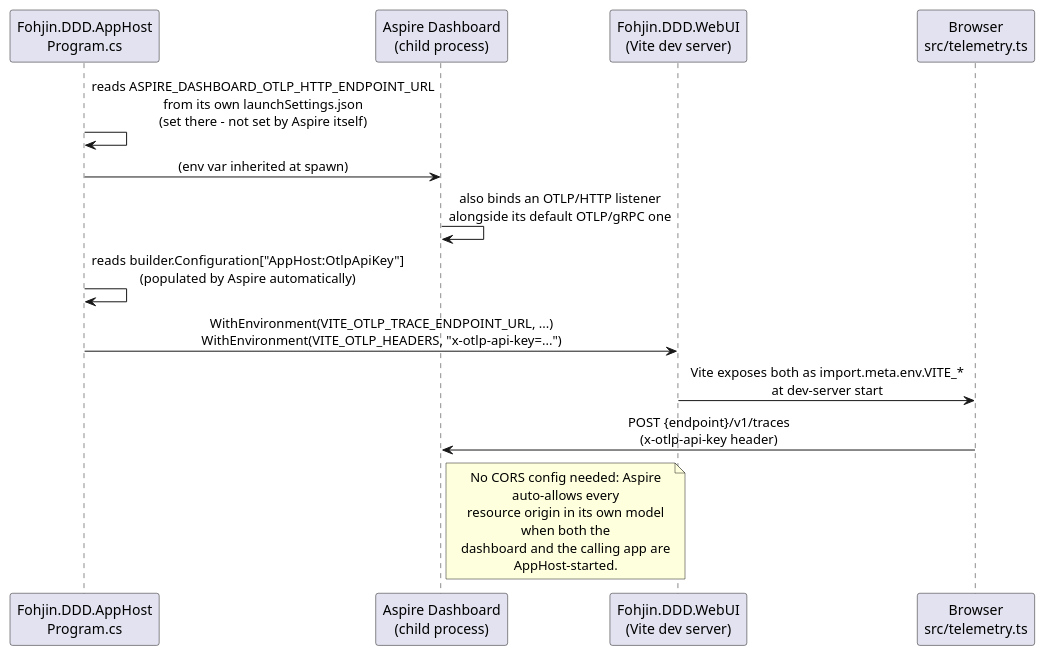
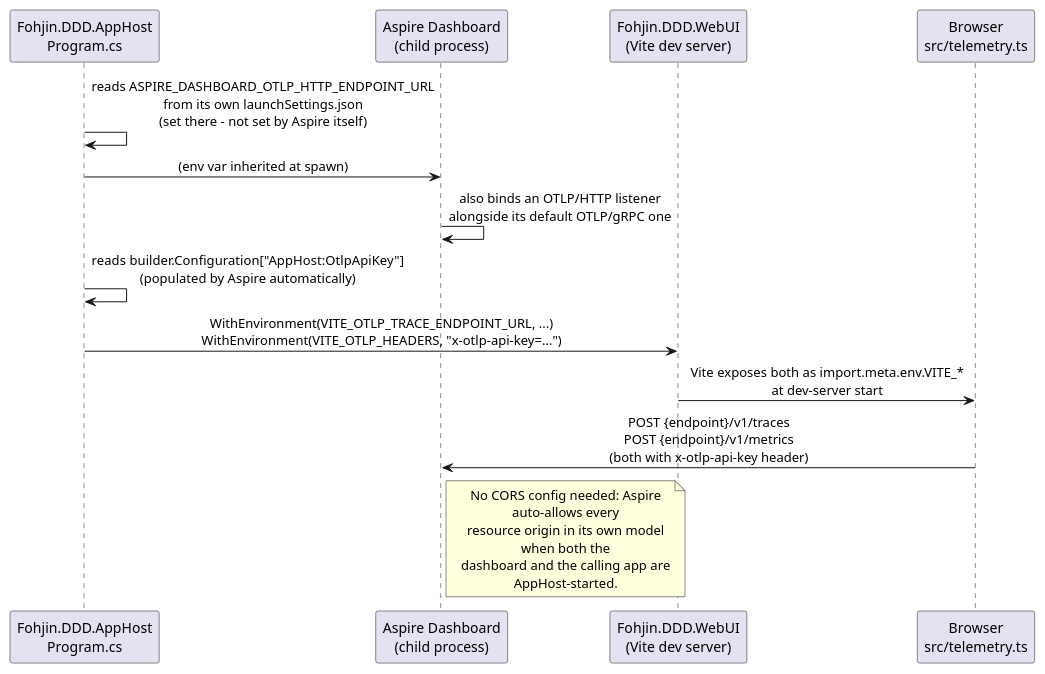
One commit to Mwwhited-BookLearning/fohjin-cqrs changed the third of 3 diagrams in docs/00-architecture-overview.md. Above: the diagram before and after it, drawn with PlantUML. The commit also changed other lines of this file and 3 other files, not shown here.

First line of the commit message:
Add browser OpenTelemetry metrics alongside the existing traces

````diff
--- a/docs/00-architecture-overview.md
+++ b/docs/00-architecture-overview.md
@@ -181,24 +192,24 @@
 ```plantuml
 @startuml
 skinparam defaultTextAlignment center
 skinparam wrapWidth 220
 
 participant "Fohjin.DDD.AppHost\nProgram.cs" as AppHost
 participant "Aspire Dashboard\n(child process)" as Dashboard
 participant "Fohjin.DDD.WebUI\n(Vite dev server)" as WebUI
 participant "Browser\nsrc/telemetry.ts" as Browser
 
 AppHost -> AppHost : reads ASPIRE_DASHBOARD_OTLP_HTTP_ENDPOINT_URL\nfrom its own launchSettings.json\n(set there - not set by Aspire itself)
 AppHost -> Dashboard : (env var inherited at spawn)
 Dashboard -> Dashboard : also binds an OTLP/HTTP listener\nalongside its default OTLP/gRPC one
 AppHost -> AppHost : reads builder.Configuration["AppHost:OtlpApiKey"]\n(populated by Aspire automatically)
 AppHost -> WebUI : WithEnvironment(VITE_OTLP_TRACE_ENDPOINT_URL, ...)\nWithEnvironment(VITE_OTLP_HEADERS, "x-otlp-api-key=...")
 WebUI -> Browser : Vite exposes both as import.meta.env.VITE_*\nat dev-server start
-Browser -> Dashboard : POST {endpoint}/v1/traces\n(x-otlp-api-key header)
+Browser -> Dashboard : POST {endpoint}/v1/traces\nPOST {endpoint}/v1/metrics\n(both with x-otlp-api-key header)
 note right of Dashboard
   No CORS config needed: Aspire auto-allows every
   resource origin in its own model when both the
   dashboard and the calling app are AppHost-started.
 end note
 @enduml
 ```
````
